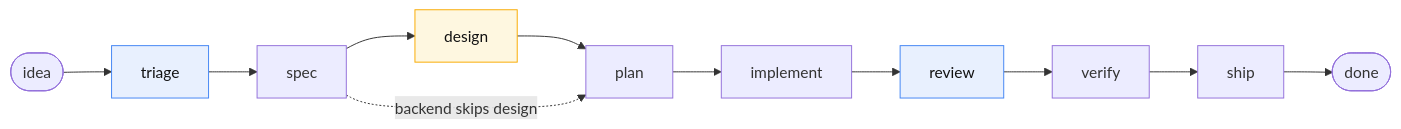
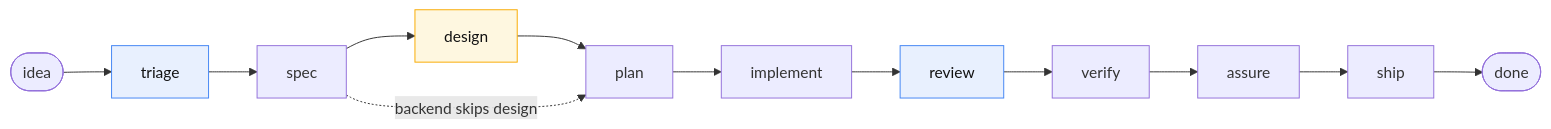
Before and after one commit to eski009/Factory: the first of 2 diagrams in README.md, drawn with Mermaid. The commit also changed other lines of this file and 4 other files, not shown here.

````diff
--- a/README.md
+++ b/README.md
@@ -22,18 +22,19 @@
 ```mermaid
 flowchart LR
     idea([idea]) --> triage[triage]
     triage --> spec[spec]
     spec --> design[design]
     design --> plan[plan]
     plan --> implement[implement]
     implement --> review[review]
     review --> verify[verify]
-    verify --> ship[ship]
+    verify --> assure[assure]
+    assure --> ship[ship]
     ship --> done([done])
     spec -. backend skips design .-> plan
 
     classDef council fill:#e8f0fe,stroke:#4285f4,color:#111;
     classDef human fill:#fef7e0,stroke:#f9ab00,color:#111;
     class triage,review council;
     class design human;
 ```
````
